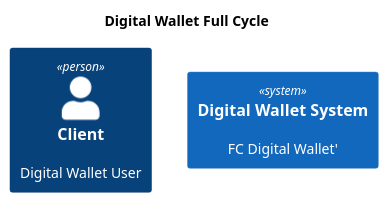
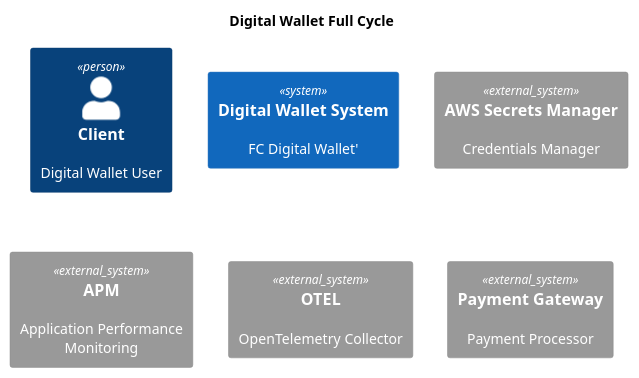
The diagram in teste.puml (Sergio-Pedretti/TestePlantUMLDiagram), drawn with PlantUML before and after one commit.

Commit message:
add external systems

```diff
--- a/teste.puml
+++ b/teste.puml
@@ -1,10 +1,15 @@
 @startuml
 
  !include https://raw.githubusercontent.com/plantuml-stdlib/C4-PlantUML/master/C4_Container.puml
 
  title "Digital Wallet Full Cycle"
 
  Person(client, "Client", "Digital Wallet User")
 
- System("Wallet", "Digital Wallet System", "FC Digital Wallet'")
+ System(Wallet, "Digital Wallet System", "FC Digital Wallet'")
+
+ System_Ext(secret_manager, "AWS Secrets Manager", "Credentials Manager")
+ System_Ext(apm, "APM", "Application Performance Monitoring")
+ System_Ext(collect, "OTEL", "OpenTelemetry Collector")
+ System_Ext(payment_gateway, "Payment Gateway", "Payment Processor")
 @enduml
```
